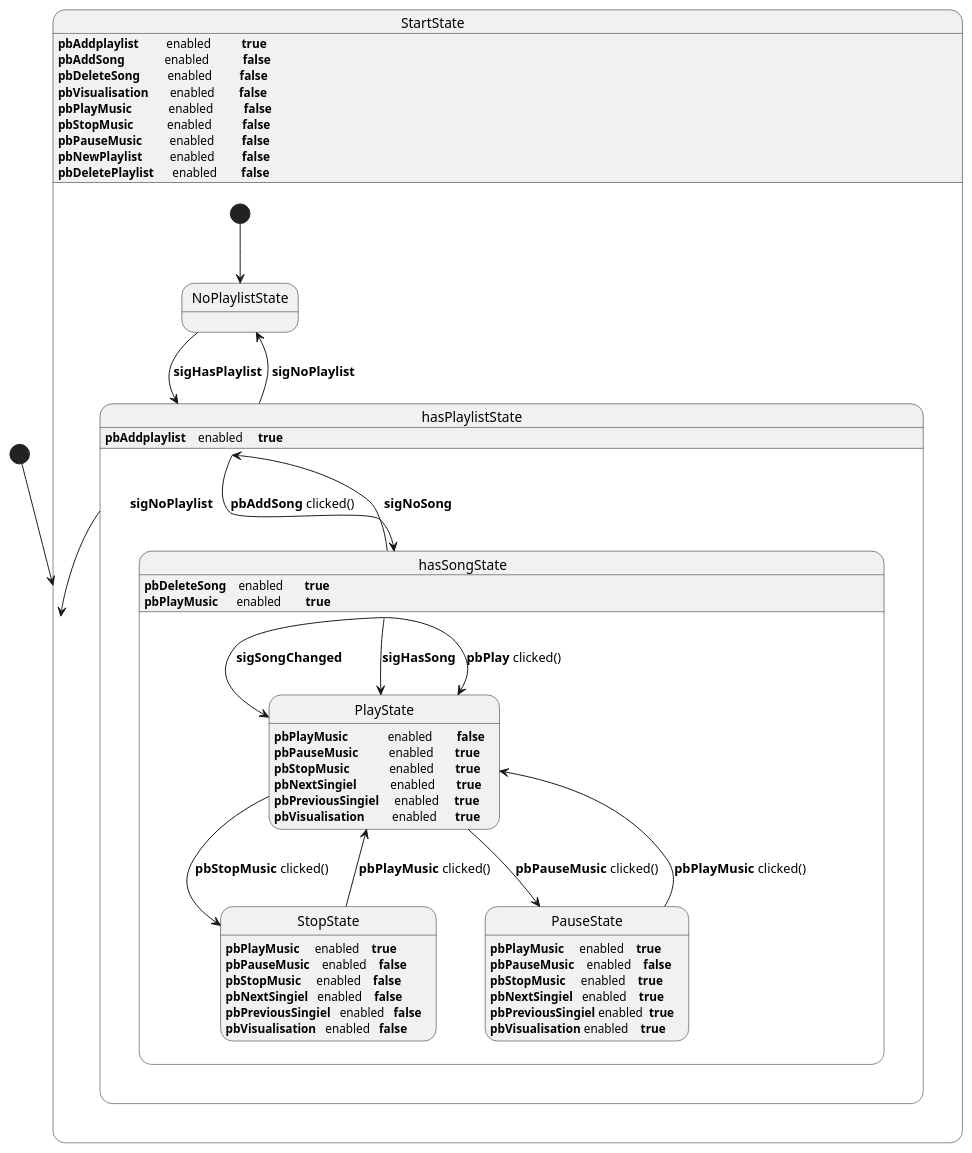
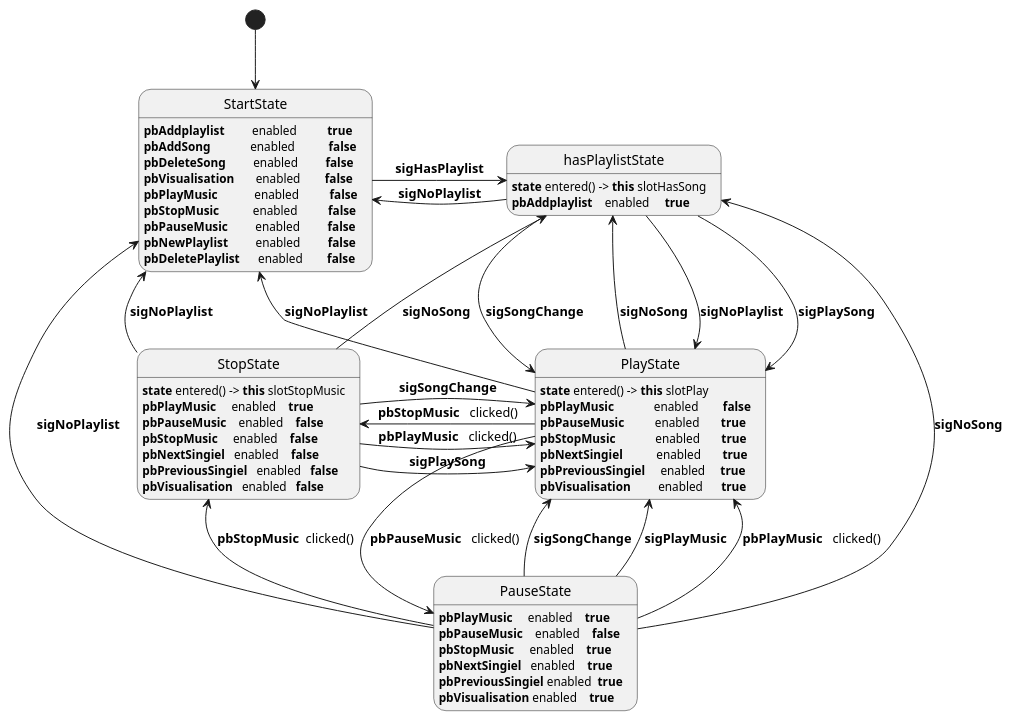
Before and after one commit to adam123600/mp3_player_QT: the diagram in mp3_player/uml/mp3_player.puml, drawn with PlantUML.

Commit message:
Update uml

```diff
--- a/mp3_player/uml/mp3_player.puml
+++ b/mp3_player/uml/mp3_player.puml
@@ -1,72 +1,69 @@
 @startuml
 
 [*] -down-> StartState
 
-state StartState{
-[*] -down-> NoPlaylistState
+StartState -right> hasPlaylistState: <b>sigHasPlaylist</b>
 
-NoPlaylistState -down-> hasPlaylistState: <b>sigHasPlaylist</b>
-hasPlaylistState -down->NoPlaylistState: <b> sigNoPlaylist</b>
+hasPlaylistState -right-> PlayState: <b>sigNoPlaylist</b>
+hasPlaylistState -left-> StartState: <b>sigNoPlaylist</b>
+hasPlaylistState -right-> PlayState: <b>sigPlaySong</b>
+hasPlaylistState -right-> PlayState: <b>sigSongChange</b>
 
-    state hasPlaylistState{
+PlayState -left-> hasPlaylistState: <b>sigNoSong</b>
+PlayState -down-> PauseState: <b>pbPauseMusic</b>   clicked()
+PlayState -left-> StopState: <b>pbStopMusic</b>   clicked()
+PlayState -left-> StartState: <b>sigNoPlaylist</b>
 
+StopState -up-> StartState: <b>sigNoPlaylist</b>
+StopState -up-> hasPlaylistState: <b>sigNoSong</b>
+StopState -right-> PlayState: <b>sigSongChange</b>
+StopState -right-> PlayState: <b>pbPlayMusic</b>   clicked()
+StopState -right-> PlayState: <b>sigPlaySong</b>
 
+PauseState -up-> hasPlaylistState: <b>sigNoSong</b>
+PauseState -left-> StopState: <b>pbStopMusic</b>  clicked()
+PauseState -left-> StartState: <b>sigNoPlaylist</b>
+PauseState -right-> PlayState: <b>sigSongChange</b>
+PauseState -right-> PlayState: <b>sigPlayMusic</b>
+PauseState -right-> PlayState: <b>pbPlayMusic</b>   clicked()
 
-        hasPlaylistState -down-> hasSongState: <b>pbAddSong</b> clicked()
-
-        state hasSongState{
-            hasSongState -down-> PlayState: <b>sigSongChanged</b>
-            hasSongState -down-> PlayState: <b>sigHasSong</b>
-            hasSongState -down-> PlayState: <b>pbPlay</b> clicked()
-
-            PlayState -down-> StopState: <b>pbStopMusic</b> clicked()
-            PlayState -down-> PauseState: <b>pbPauseMusic</b> clicked()
-
-            PauseState -down-> PlayState: <b>pbPlayMusic</b> clicked()
-            StopState -down-> PlayState: <b>pbPlayMusic</b> clicked()
-        }
-}
-
-
-
-
-hasPlaylistState -down-> StartState: <b>    sigNoPlaylist</b>
-hasSongState -down-> hasPlaylistState: <b>  sigNoSong</b>
 
 
 StartState: <b>pbAddplaylist</b>         enabled          <b>true</b>
 StartState: <b>pbAddSong</b>             enabled           <b>false</b>
 StartState: <b>pbDeleteSong</b>         enabled         <b>false</b>
 StartState: <b>pbVisualisation</b>       enabled        <b>false</b>
 StartState: <b>pbPlayMusic</b>            enabled          <b>false</b>
 StartState: <b>pbStopMusic</b>           enabled          <b>false</b>
 StartState: <b>pbPauseMusic</b>         enabled         <b>false</b>
 StartState: <b>pbNewPlaylist</b>         enabled         <b>false</b>
 StartState: <b>pbDeletePlaylist</b>      enabled        <b>false</b>
 
+
+hasPlaylistState: <b>state</b> entered() -> <b>this</b> slotHasSong
 hasPlaylistState: <b>pbAddplaylist</b>    enabled    <b> true </b>
 
-hasSongState: <b>pbDeleteSong</b>    enabled       <b>true</b>
-hasSongState: <b>pbPlayMusic</b>      enabled        <b>true</b>
-
+PlayState: <b>state</b> entered() -> <b>this</b> slotPlay
 PlayState: <b>pbPlayMusic</b>             enabled        <b>false</b>
 PlayState: <b>pbPauseMusic</b>          enabled       <b>true</b>
 PlayState: <b>pbStopMusic</b>             enabled       <b>true</b>
 PlayState: <b>pbNextSingiel</b>           enabled       <b>true</b>
 PlayState: <b>pbPreviousSingiel</b>     enabled     <b>true</b>
 PlayState: <b>pbVisualisation</b>         enabled      <b>true</b>
 
+StopState: <b>state</b> entered() -> <b>this</b> slotStopMusic
 StopState: <b>pbPlayMusic</b>     enabled    <b>true</b>
 StopState: <b>pbPauseMusic</b>    enabled    <b>false</b>
 StopState: <b>pbStopMusic</b>     enabled    <b>false</b>
 StopState: <b>pbNextSingiel</b>   enabled    <b>false</b>
 StopState: <b>pbPreviousSingiel</b>   enabled   <b>false</b>
 StopState: <b>pbVisualisation</b>   enabled   <b>false</b>
 
 PauseState: <b>pbPlayMusic</b>     enabled    <b>true</b>
 PauseState: <b>pbPauseMusic</b>    enabled    <b>false</b>
 PauseState: <b>pbStopMusic</b>     enabled    <b>true</b>
 PauseState: <b>pbNextSingiel</b>   enabled    <b>true</b>
 PauseState: <b>pbPreviousSingiel</b> enabled  <b>true</b>
 PauseState: <b>pbVisualisation</b> enabled    <b>true</b>
+
 @enduml
```
